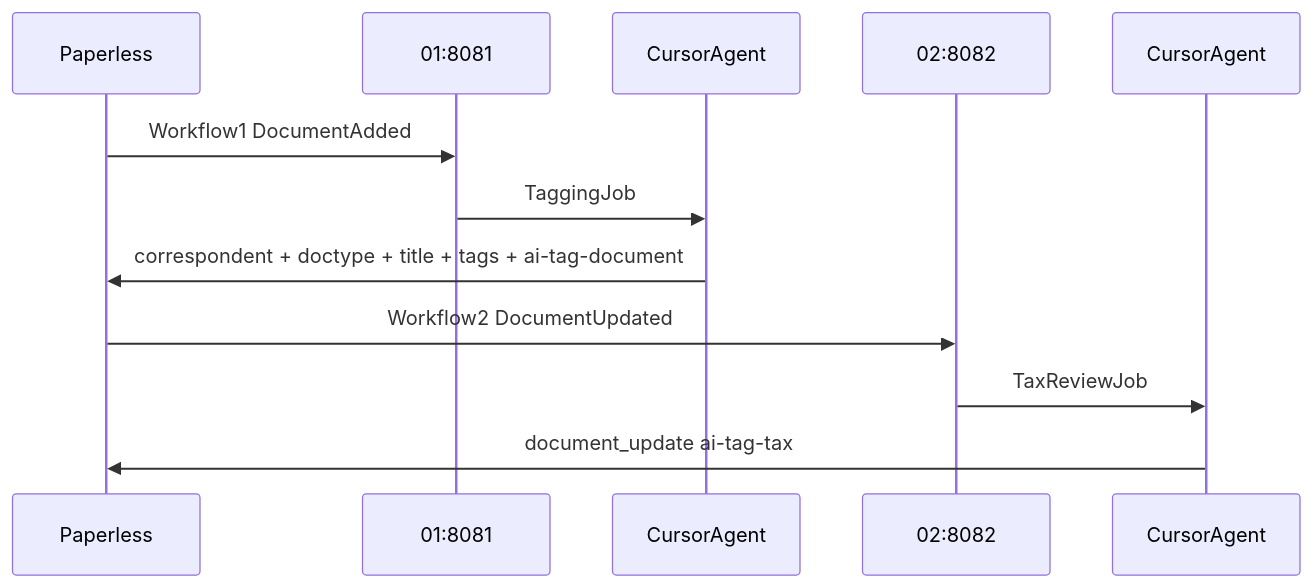
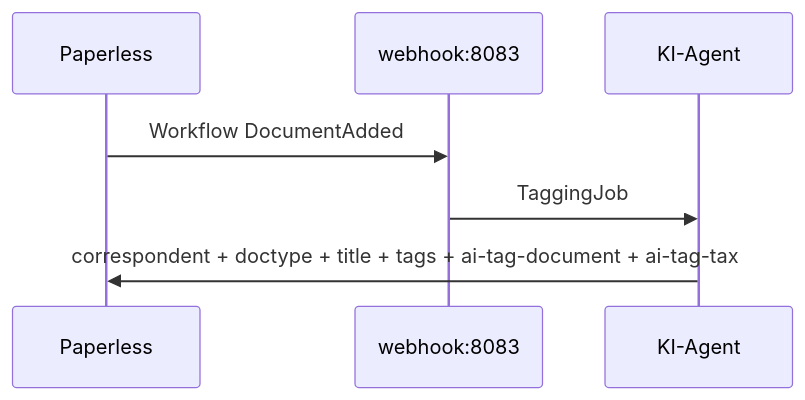
The second of 2 diagrams in README.md (boexler/paperless-ai-tagger), drawn with Mermaid before and after one commit. The commit also changed other lines of this file and 20 other files, not shown here.

````diff
--- a/README.md
+++ b/README.md
@@ -28,15 +28,10 @@
 ```mermaid
 sequenceDiagram
     participant P as Paperless
-    participant W1 as 01:8081
-    participant A1 as CursorAgent
-    participant W2 as 02:8082
-    participant A2 as CursorAgent
+    participant W as webhook:8083
+    participant A as KI-Agent
 
-    P->>W1: Workflow1 DocumentAdded
-    W1->>A1: TaggingJob
-    A1->>P: correspondent + doctype + title + tags + ai-tag-document
-    P->>W2: Workflow2 DocumentUpdated
-    W2->>A2: TaxReviewJob
-    A2->>P: document_update ai-tag-tax
+    P->>W: Workflow DocumentAdded
+    W->>A: TaggingJob
+    A->>P: correspondent + doctype + title + tags + ai-tag-document + ai-tag-tax
 ```
````
